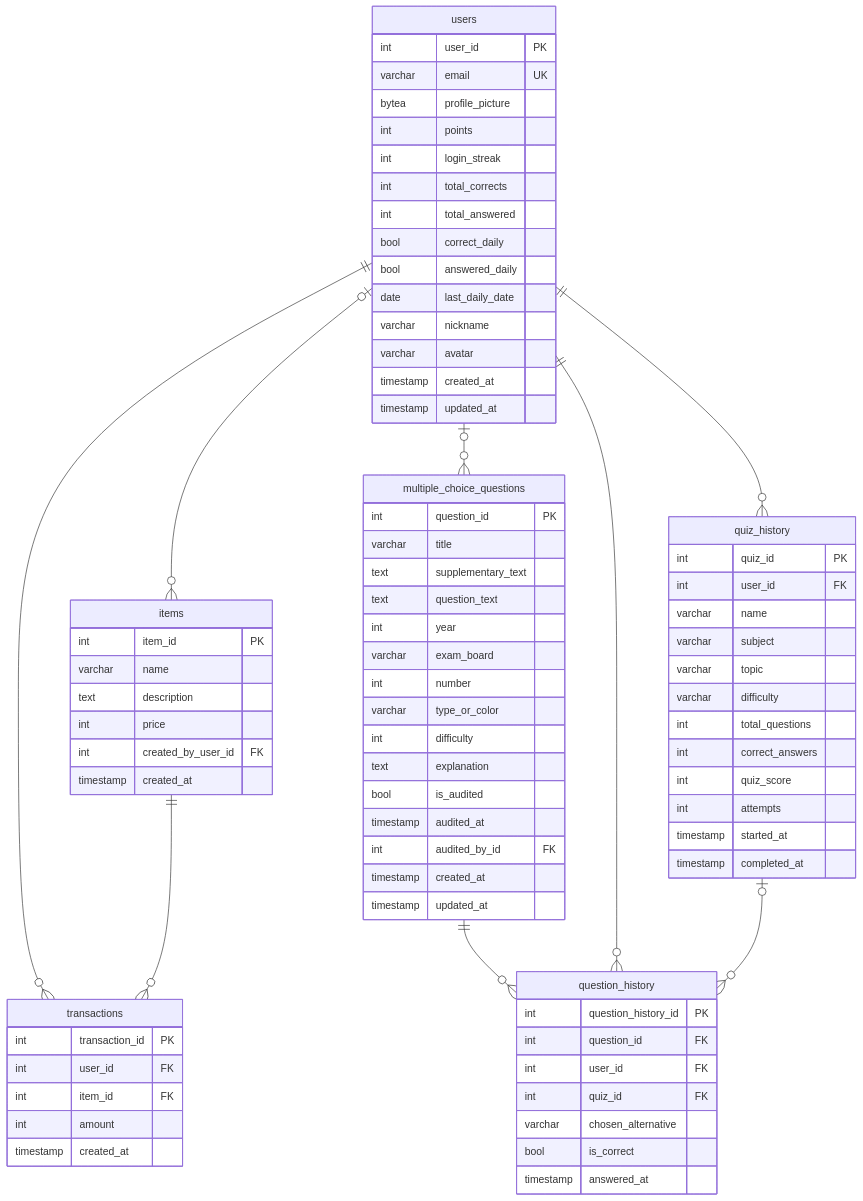
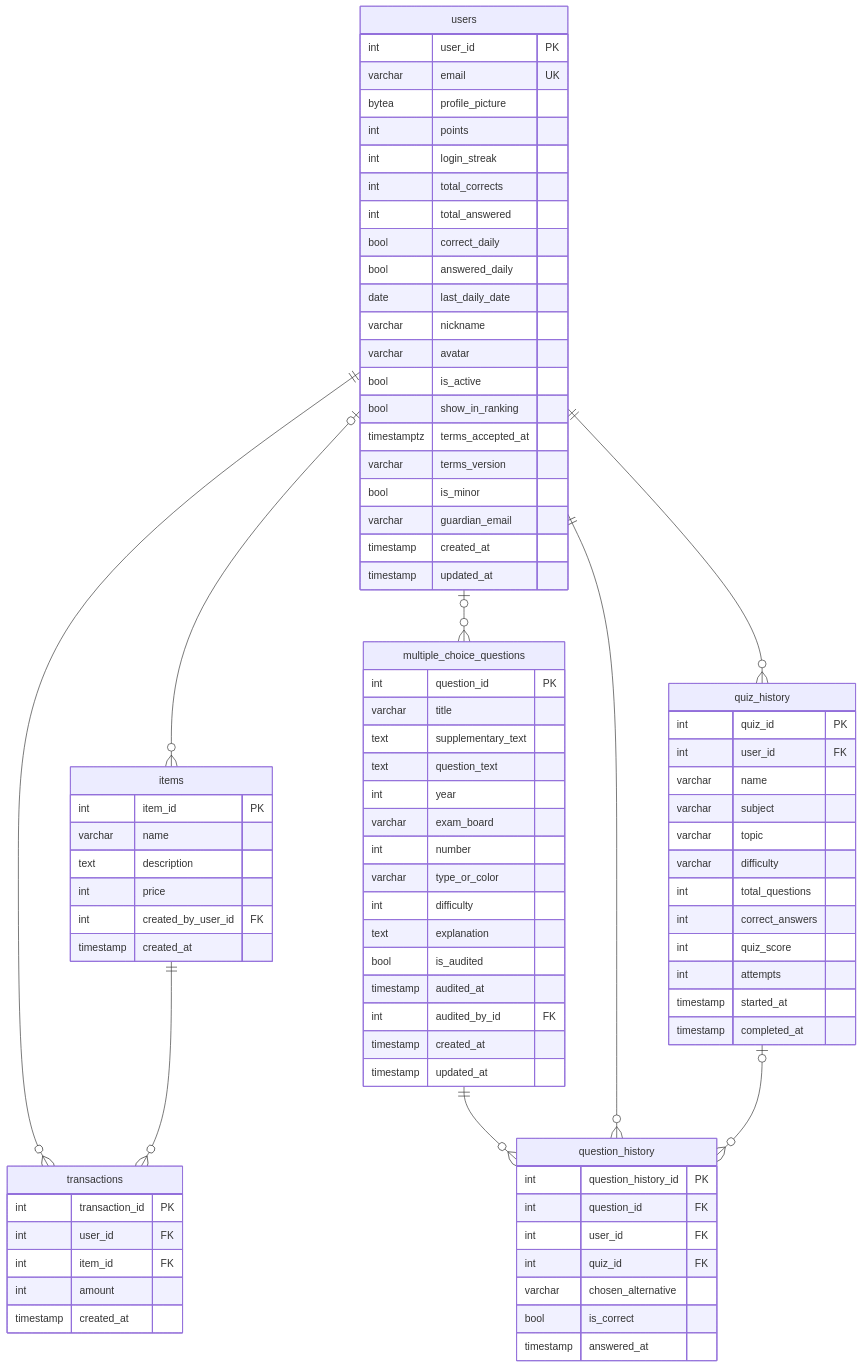
The sixth of 9 diagrams in docs/modelo-de-dados.md (ifvest-project/ifvest-docs), drawn with Mermaid before and after one commit. The commit also changed other lines of this file and 23 other files, not shown here.

```diff
--- a/docs/modelo-de-dados.md
+++ b/docs/modelo-de-dados.md
@@ -360,6 +379,12 @@
         date last_daily_date
         varchar nickname
         varchar avatar
+        bool is_active
+        bool show_in_ranking
+        timestamptz terms_accepted_at
+        varchar terms_version
+        bool is_minor
+        varchar guardian_email
         timestamp created_at
         timestamp updated_at
     }
```
